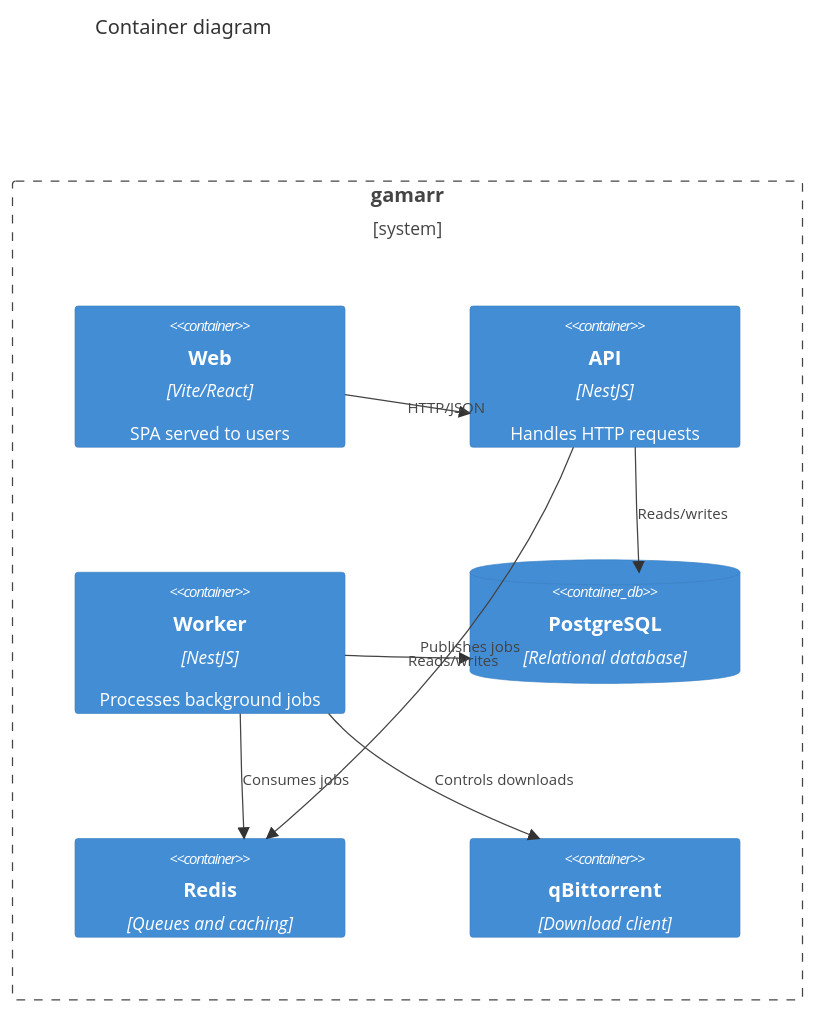
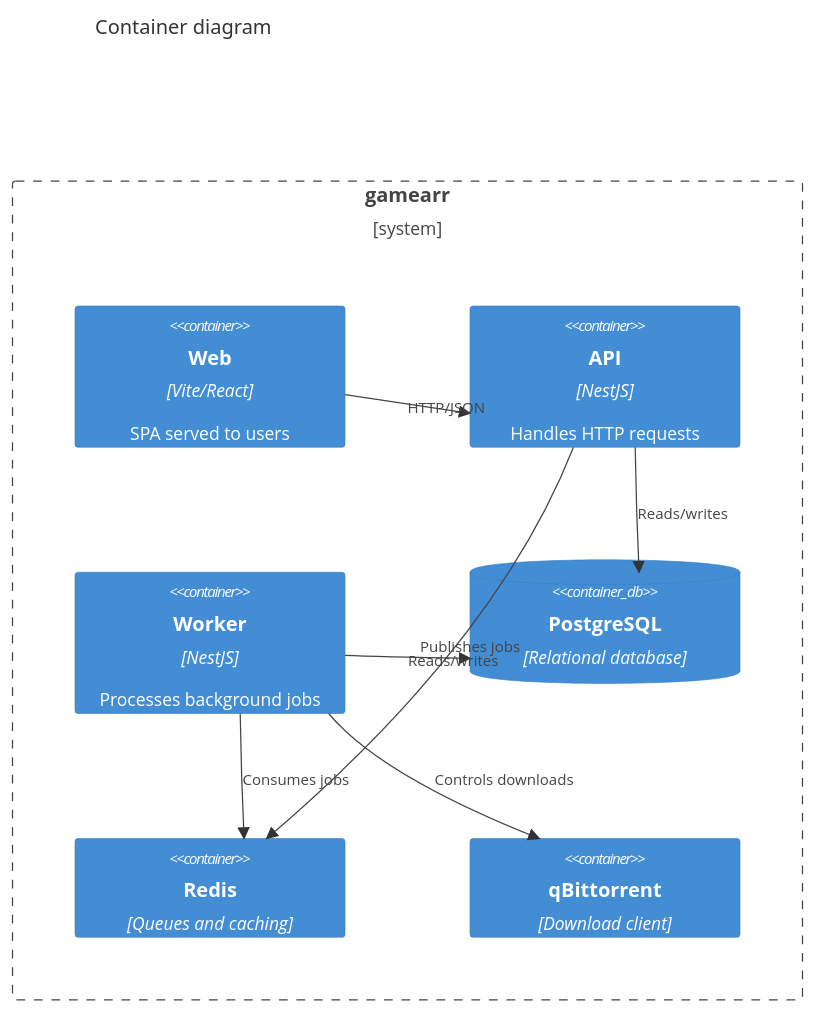
One commit to homeputers/gamearr changed the second of 3 diagrams in docs/architecture.md. Above: the diagram before and after it, drawn with Mermaid. The commit also changed other lines of this file and 4 other files, not shown here.

````diff
--- a/docs/architecture.md
+++ b/docs/architecture.md
@@ -29,18 +29,18 @@
 ```mermaid
 C4Container
 title Container diagram
-Boundary(gamarr, "gamarr") {
+Boundary(gamearr, "gamearr") {
   Container(web, "Web", "Vite/React", "SPA served to users")
   Container(api, "API", "NestJS", "Handles HTTP requests")
   Container(worker, "Worker", "NestJS", "Processes background jobs")
   ContainerDb(db, "PostgreSQL", "Relational database")
   Container(redis, "Redis", "Queues and caching")
   Container(qbt, "qBittorrent", "Download client")
 }
 Rel(web, api, "HTTP/JSON")
 Rel(api, db, "Reads/writes")
 Rel(api, redis, "Publishes jobs")
 Rel(worker, redis, "Consumes jobs")
 Rel(worker, db, "Reads/writes")
 Rel(worker, qbt, "Controls downloads")
 ```
````
